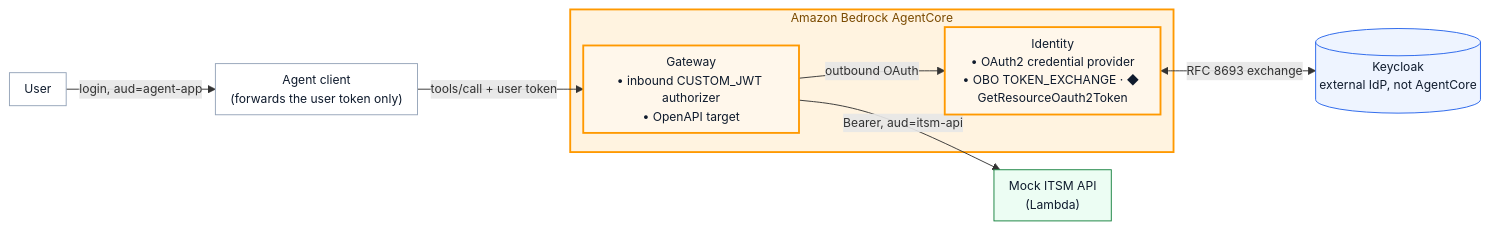
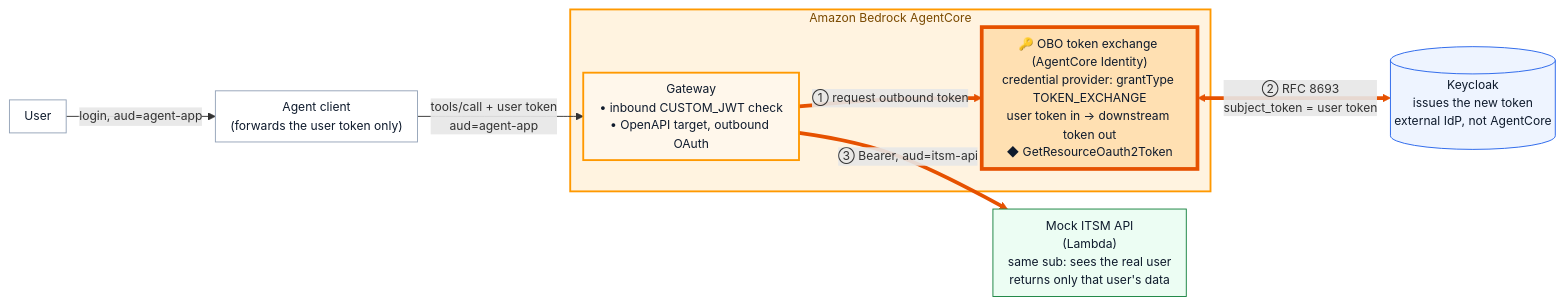
Before and after one commit to zanbei/agentcore-delegated-auth-poc: the diagram in docs/diagrams/poc1-en.mmd, drawn with Mermaid. The commit also changed 5 other files, not shown here.

Commit message:
Highlight the OBO path in the architecture; explain where OBO is and is not used

```diff
--- a/docs/diagrams/poc1-en.mmd
+++ b/docs/diagrams/poc1-en.mmd
@@ -1,21 +1,24 @@
 %%{init: {"flowchart": {"nodeSpacing": 18, "rankSpacing": 28, "padding": 8}, "themeVariables": {"fontSize": "13px"}}}%%
 flowchart LR
     U["User"] -->|"login, aud=agent-app"| C["Agent client<br/>(forwards the user token only)"]
-    C -->|"tools/call + user token"| G
+    C -->|"tools/call + user token<br/>aud=agent-app"| G
     subgraph AC["Amazon Bedrock AgentCore"]
-        G["Gateway<br/>• inbound CUSTOM_JWT authorizer<br/>• OpenAPI target"]
-        I["Identity<br/>• OAuth2 credential provider<br/>• OBO TOKEN_EXCHANGE · ◆ GetResourceOauth2Token"]
-        G -->|"outbound OAuth"| I
+        G["Gateway<br/>• inbound CUSTOM_JWT check<br/>• OpenAPI target, outbound OAuth"]
+        O["🔑 OBO token exchange (AgentCore Identity)<br/>credential provider: grantType TOKEN_EXCHANGE<br/>user token in → downstream token out<br/>◆ GetResourceOauth2Token"]
+        G ==>|"① request outbound token"| O
     end
-    I <-->|"RFC 8693 exchange"| K[("Keycloak<br/>external IdP, not AgentCore")]
-    G -->|"Bearer, aud=itsm-api"| D["Mock ITSM API<br/>(Lambda)"]
+    O <==>|"② RFC 8693<br/>subject_token = user token"| K[("Keycloak<br/>issues the new token<br/>external IdP, not AgentCore")]
+    G ==>|"③ Bearer, aud=itsm-api"| D["Mock ITSM API<br/>(Lambda)<br/>same sub: sees the real user<br/>returns only that user's data"]
+    linkStyle 2,3,4 stroke:#e65100,stroke-width:4px
     classDef agentcore fill:#fff7eb,stroke:#ff9900,stroke-width:2px,color:#0f1b2d
+    classDef obo fill:#ffe0b2,stroke:#e65100,stroke-width:4px,color:#0f1b2d
     classDef idp fill:#eef4ff,stroke:#2563eb,color:#0f1b2d
     classDef app fill:#ffffff,stroke:#94a3b8,color:#0f1b2d
     classDef down fill:#ecfdf3,stroke:#15803d,color:#0f1b2d
     classDef risk fill:#fff1f0,stroke:#b42318,stroke-dasharray:5 4,color:#0f1b2d
     style AC fill:#fff3e0,stroke:#ff9900,stroke-width:2px,color:#7a4a00
-    class G,I agentcore
+    class G agentcore
+    class O obo
     class K idp
     class U,C app
     class D down
```
